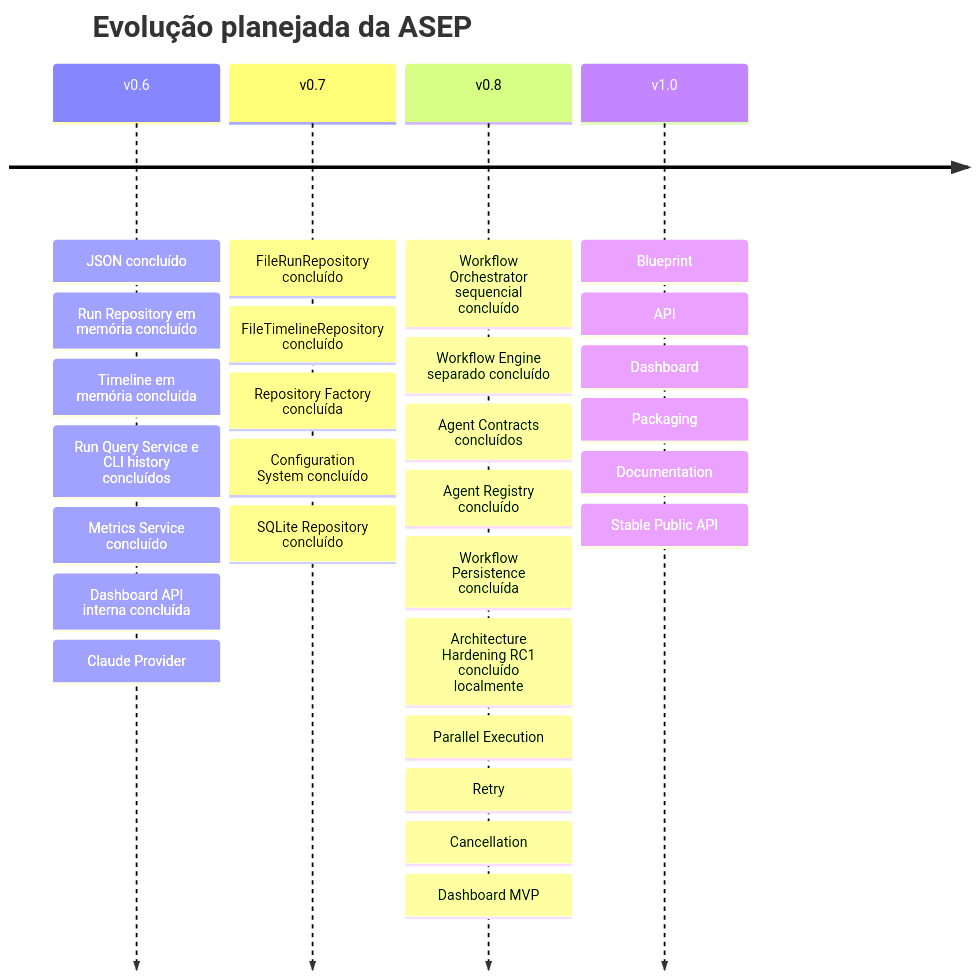
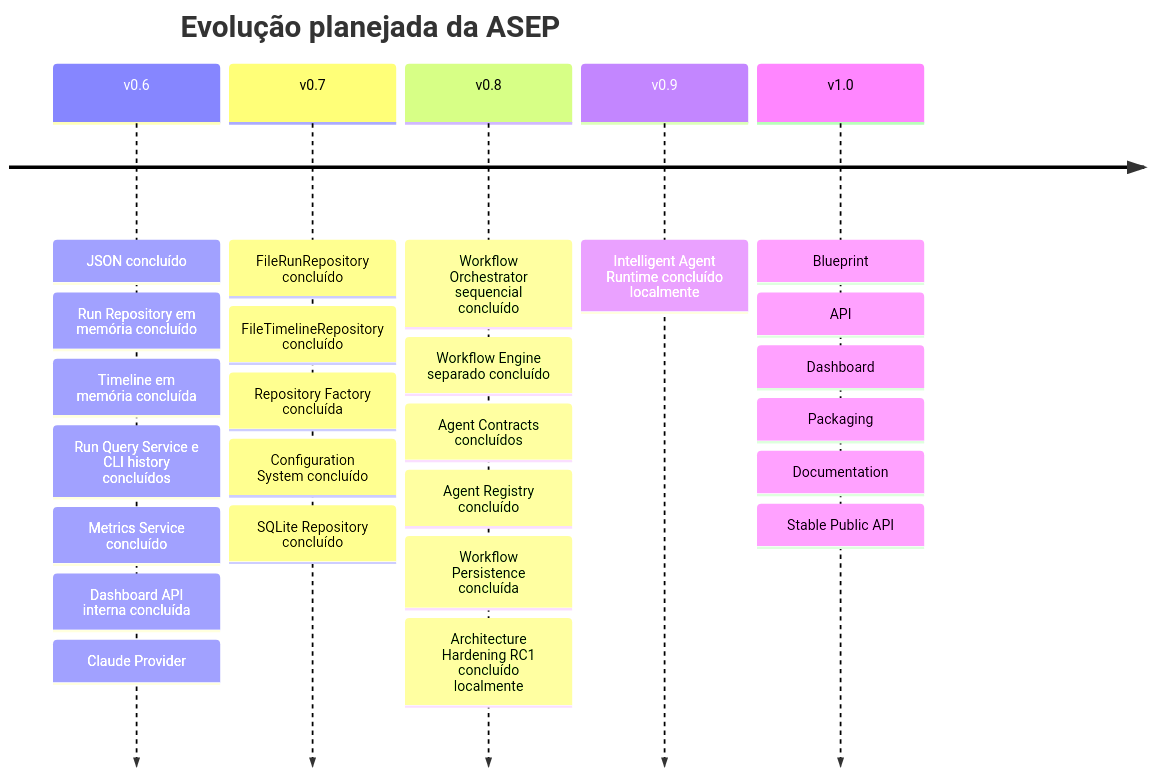
The diagram in docs/architecture/Roadmap.md (paul-92/fabrica-de-software), drawn with Mermaid before and after one commit. The commit also changed other lines of this file and 4084 other files, not shown here.

Commit message:
feat(agents): implement intelligent agent runtime

````diff
--- a/docs/architecture/Roadmap.md
+++ b/docs/architecture/Roadmap.md
@@ -14,32 +14,29 @@
 ```mermaid
 timeline
     title Evolução planejada da ASEP
     v0.6 : JSON concluído
          : Run Repository em memória concluído
          : Timeline em memória concluída
          : Run Query Service e CLI history concluídos
          : Metrics Service concluído
          : Dashboard API interna concluída
          : Claude Provider
     v0.7 : FileRunRepository concluído
          : FileTimelineRepository concluído
          : Repository Factory concluída
          : Configuration System concluído
          : SQLite Repository concluído
     v0.8 : Workflow Orchestrator sequencial concluído
          : Workflow Engine separado concluído
          : Agent Contracts concluídos
          : Agent Registry concluído
          : Workflow Persistence concluída
          : Architecture Hardening RC1 concluído localmente
-         : Parallel Execution
-         : Retry
-         : Cancellation
-         : Dashboard MVP
+    v0.9 : Intelligent Agent Runtime concluído localmente
     v1.0 : Blueprint
          : API
          : Dashboard
          : Packaging
          : Documentation
          : Stable Public API
 ```
````
